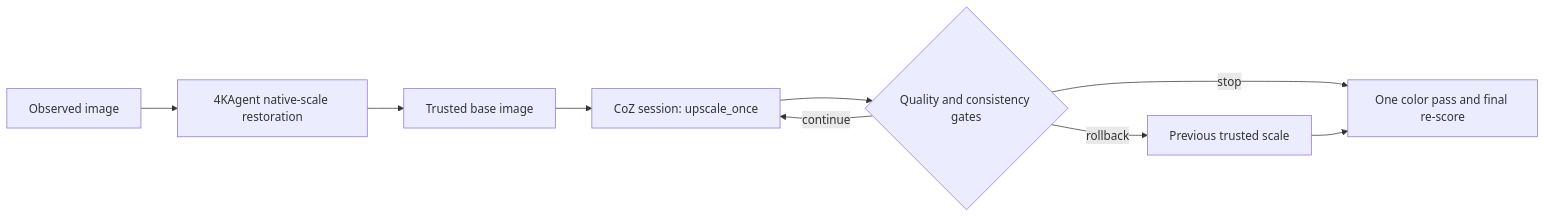
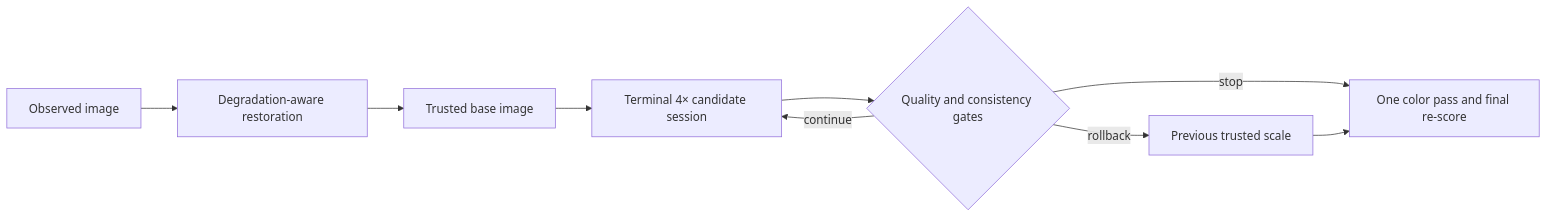
The diagram in README.md (liuqjjin/scaleguard-4k), drawn with Mermaid before and after one commit. The commit also changed other lines of this file and 7 other files, not shown here.

````diff
--- a/README.md
+++ b/README.md
@@ -21,11 +31,11 @@
 ```mermaid
 flowchart LR
-    I["Observed image"] --> A["4KAgent native-scale restoration"]
+    I["Observed image"] --> A["Degradation-aware restoration"]
     A --> T["Trusted base image"]
-    T --> C["CoZ session: upscale_once"]
+    T --> C["Terminal 4× candidate session"]
     C --> G{"Quality and consistency gates"}
     G -->|"continue"| C
     G -->|"stop"| F["One color pass and final re-score"]
     G -->|"rollback"| R["Previous trusted scale"]
     R --> F
 ```
````
